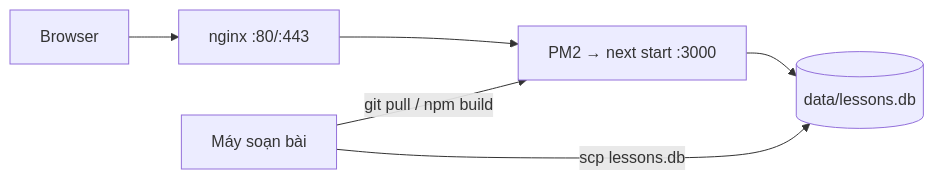
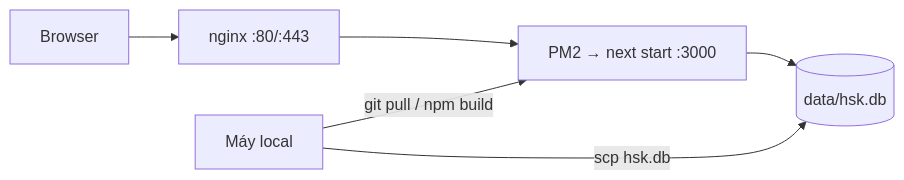
Before and after one commit to phuonglai99/language: the ninth of 9 diagrams in docs/ARCHITECTURE.md, drawn with Mermaid. The commit also changed other lines of this file and 12 other files, not shown here.

````diff
--- a/docs/ARCHITECTURE.md
+++ b/docs/ARCHITECTURE.md
@@ -362,8 +287,8 @@
 ```mermaid
 flowchart LR
   user["Browser"] --> nginx["nginx :80/:443"]
   nginx --> pm2["PM2 → next start :3000"]
-  pm2 --> sqlite[("data/lessons.db")]
-  mac["Máy soạn bài"] -->|"git pull / npm build"| pm2
-  mac -->|"scp lessons.db"| sqlite
+  pm2 --> sqlite[("data/hsk.db")]
+  mac["Máy local"] -->|"git pull / npm build"| pm2
+  mac -->|"scp hsk.db"| sqlite
 ```
````
